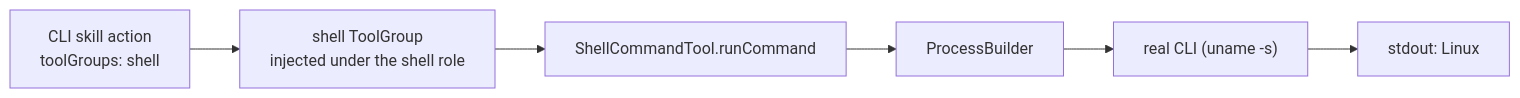
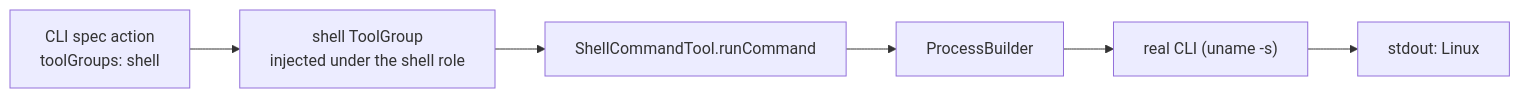
One commit to iromu/embabel-smith changed the diagram in poc/poc-7-runtime-adapter/README.md. Above: the diagram before and after it, drawn with Mermaid. The commit also changed other lines of this file and 650 other files, not shown here.

First line of the commit message:
Rename the skill-pack vocabulary to agent spec to match what the unit actually is

````diff
--- a/poc/poc-7-runtime-adapter/README.md
+++ b/poc/poc-7-runtime-adapter/README.md
@@ -20,8 +20,8 @@
 ```mermaid
 flowchart LR
-    SKILL["CLI skill action<br/>toolGroups: shell"] --> TG["shell ToolGroup<br/>injected under the shell role"]
+    SPEC["CLI spec action<br/>toolGroups: shell"] --> TG["shell ToolGroup<br/>injected under the shell role"]
     TG --> TOOL["ShellCommandTool.runCommand"]
     TOOL --> PB["ProcessBuilder"]
     PB --> CLI["real CLI (uname -s)"]
     CLI --> OUT["stdout: Linux"]
 ```
````
